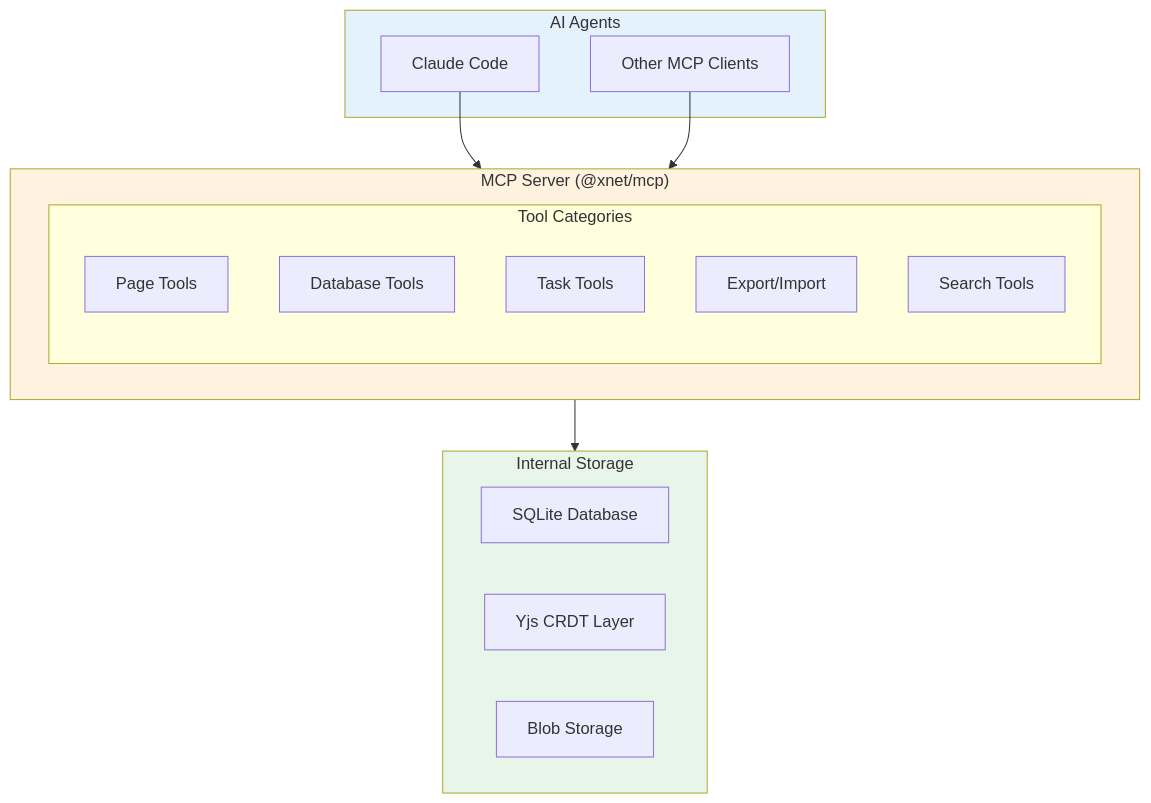
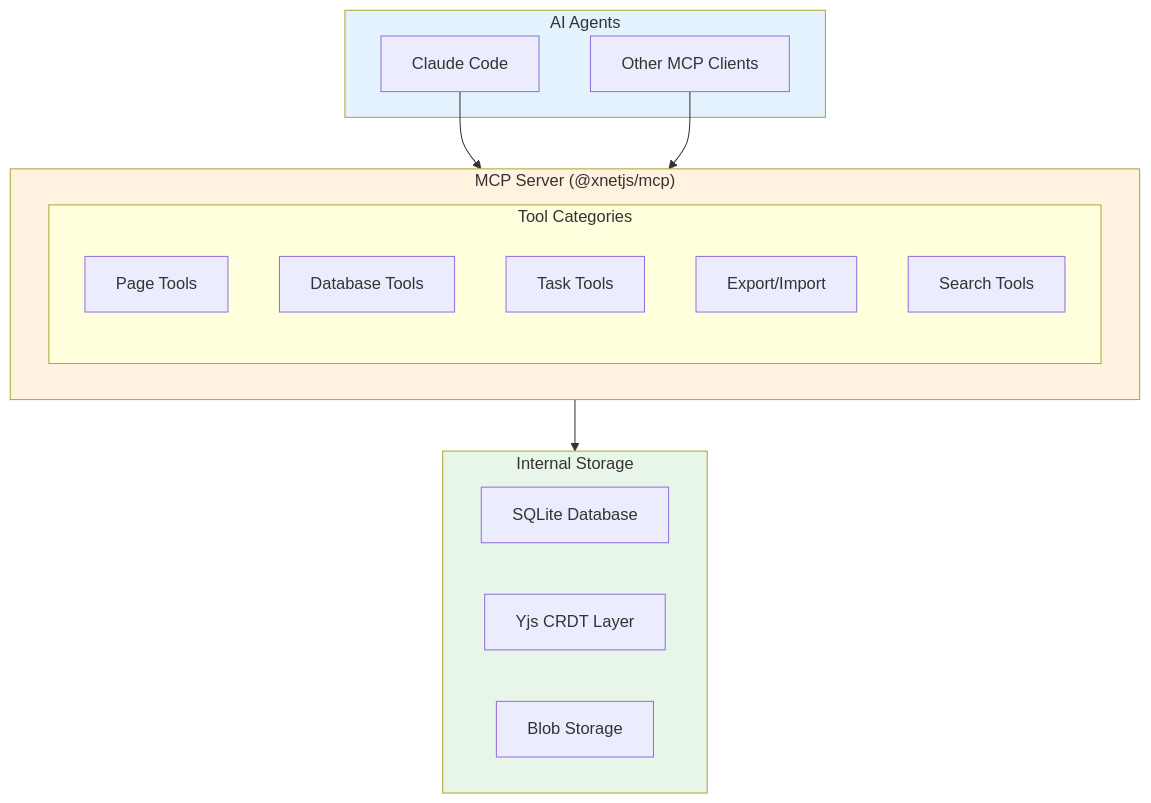
One commit to crs48/xNet changed the diagram in docs/plans/plan00Setup/09-ai-mcp-interface.md. Above: the diagram before and after it, drawn with Mermaid. The commit also changed other lines of this file and 980 other files, not shown here.

````diff
--- a/docs/plans/plan00Setup/09-ai-mcp-interface.md
+++ b/docs/plans/plan00Setup/09-ai-mcp-interface.md
@@ -24,31 +24,31 @@
 ```mermaid
 flowchart TB
     subgraph Agents["AI Agents"]
         Claude["Claude Code"]
         Other["Other MCP Clients"]
     end
 
-    subgraph MCP["MCP Server (@xnet/mcp)"]
+    subgraph MCP["MCP Server (@xnetjs/mcp)"]
         subgraph Tools["Tool Categories"]
             Pages["Page Tools"]
             DBTools["Database Tools"]
             Tasks["Task Tools"]
             Export["Export/Import"]
             Search["Search Tools"]
         end
     end
 
     subgraph Storage["Internal Storage"]
         SQLite["SQLite Database"]
         CRDT["Yjs CRDT Layer"]
         Blobs["Blob Storage"]
     end
 
     Claude --> MCP
     Other --> MCP
     MCP --> Storage
 
     style Agents fill:#e3f2fd
     style MCP fill:#fff3e0
     style Storage fill:#e8f5e9
 ```
````
